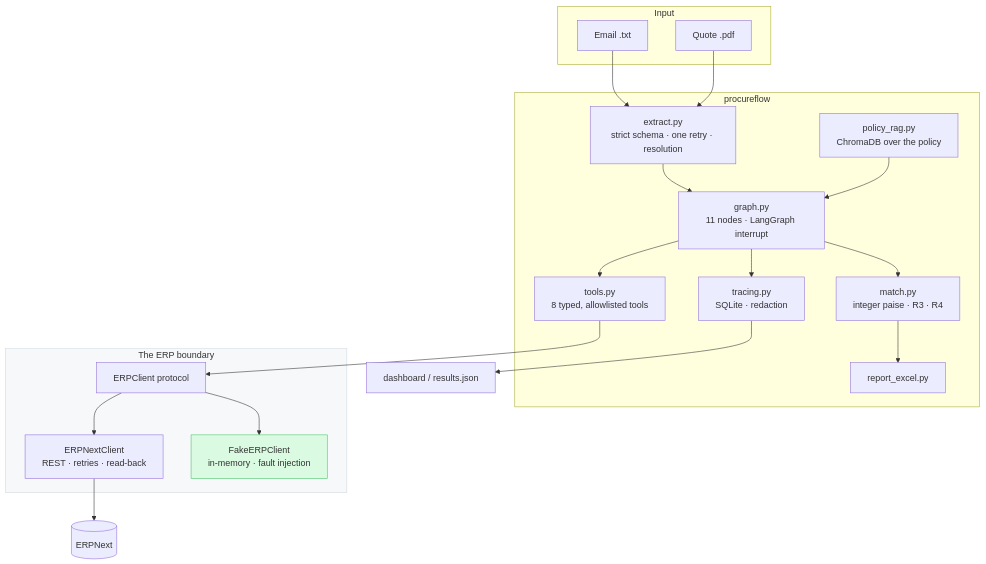
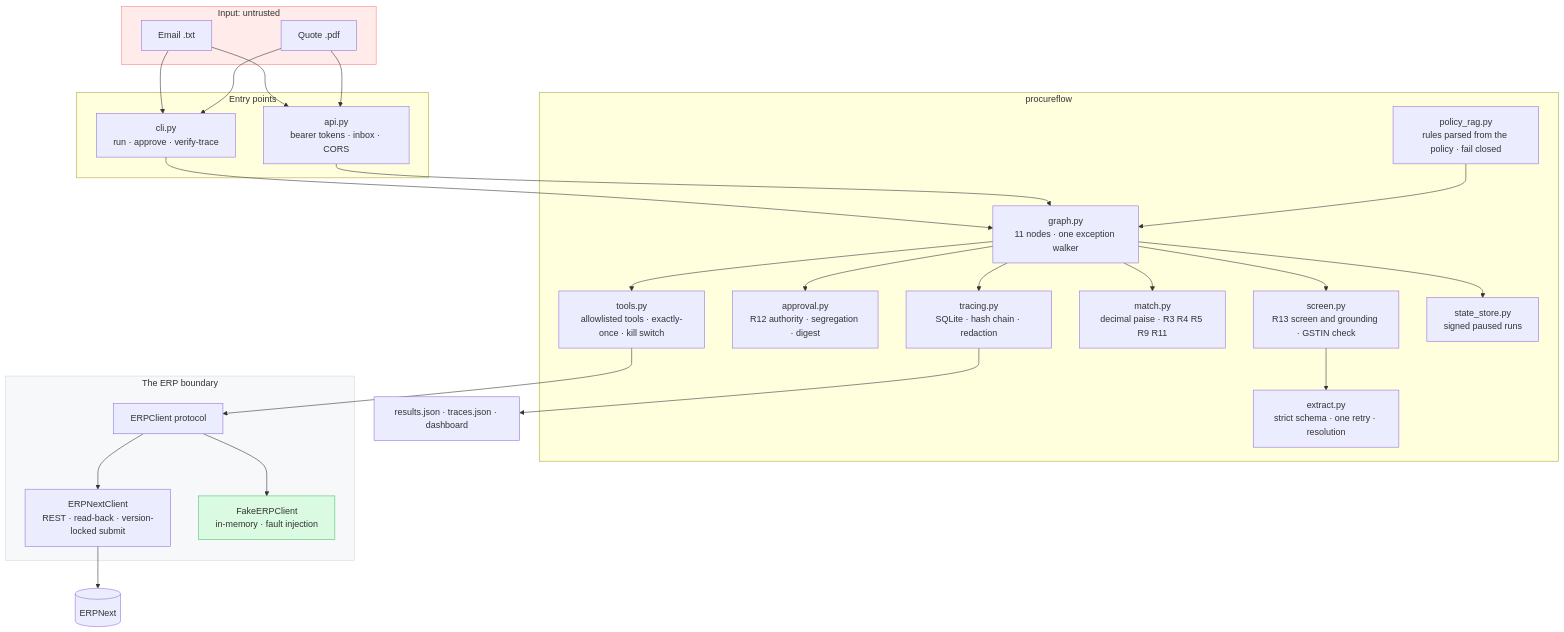
One commit to Mr-Bathwal/ERP changed the diagram in docs/ARCHITECTURE.md. Above: the diagram before and after it, drawn with Mermaid. The commit also changed other lines of this file and 3 other files, not shown here.

````diff
--- a/docs/ARCHITECTURE.md
+++ b/docs/ARCHITECTURE.md
@@ -3,40 +7,54 @@
 ```mermaid
 flowchart TB
-    subgraph IN[Input]
+    subgraph IN[Input: untrusted]
         E[Email .txt]
         P[Quote .pdf]
     end
 
+    subgraph EDGE[Entry points]
+        CLI["cli.py<br/>run · approve · verify-trace"]
+        API["api.py<br/>bearer tokens · inbox · CORS"]
+    end
+
     subgraph AGENT[procureflow]
+        SC["screen.py<br/>R13 screen and grounding · GSTIN check"]
         X["extract.py<br/>strict schema · one retry · resolution"]
-        PR["policy_rag.py<br/>ChromaDB over the policy"]
-        G["graph.py<br/>11 nodes · LangGraph interrupt"]
-        T["tools.py<br/>8 typed, allowlisted tools"]
-        M["match.py<br/>integer paise · R3 · R4"]
-        TR["tracing.py<br/>SQLite · redaction"]
-        RX[report_excel.py]
+        PR["policy_rag.py<br/>rules parsed from the policy · fail closed"]
+        G["graph.py<br/>11 nodes · one exception walker"]
+        AP["approval.py<br/>R12 authority · segregation · digest"]
+        T["tools.py<br/>allowlisted tools · exactly-once · kill switch"]
+        M["match.py<br/>decimal paise · R3 R4 R5 R9 R11"]
+        TR["tracing.py<br/>SQLite · hash chain · redaction"]
+        SS["state_store.py<br/>signed paused runs"]
     end
 
     subgraph BOUND[The ERP boundary]
         C[ERPClient protocol]
-        RE["ERPNextClient<br/>REST · retries · read-back"]
+        RE["ERPNextClient<br/>REST · read-back · version-locked submit"]
         FK["FakeERPClient<br/>in-memory · fault injection"]
     end
 
-    E --> X
-    P --> X
-    X --> G
+    E --> CLI
+    P --> CLI
+    E --> API
+    P --> API
+    CLI --> G
+    API --> G
+    G --> SC
+    SC --> X
     PR --> G
+    G --> AP
+    G --> M
     G --> T
+    G --> TR
+    G --> SS
     T --> C
     C --> RE
     C --> FK
     RE --> ERP[(ERPNext)]
-    G --> M
-    G --> TR
-    M --> RX
-    TR --> D[dashboard / results.json]
+    TR --> D[results.json · traces.json · dashboard]
 
     style BOUND fill:#f6f8fa,stroke:#d1d9e0
     style FK fill:#dafbe1,stroke:#4ac26b
+    style IN fill:#ffebe9,stroke:#ff8182
 ```
````
